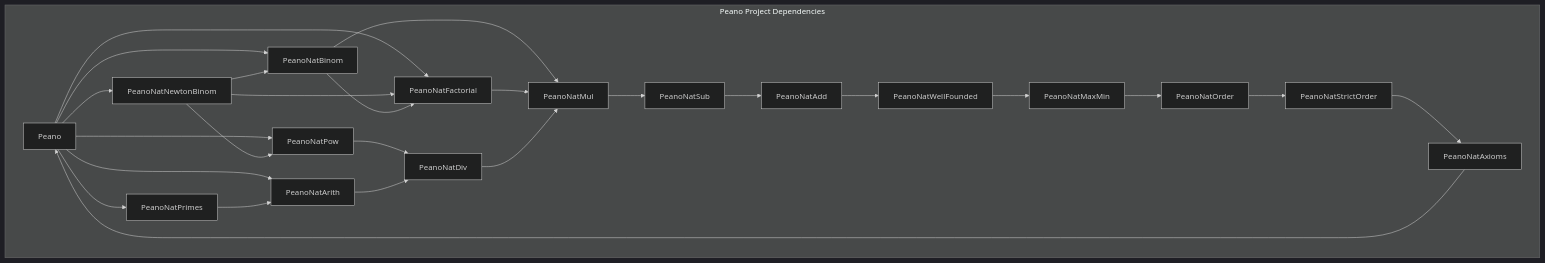
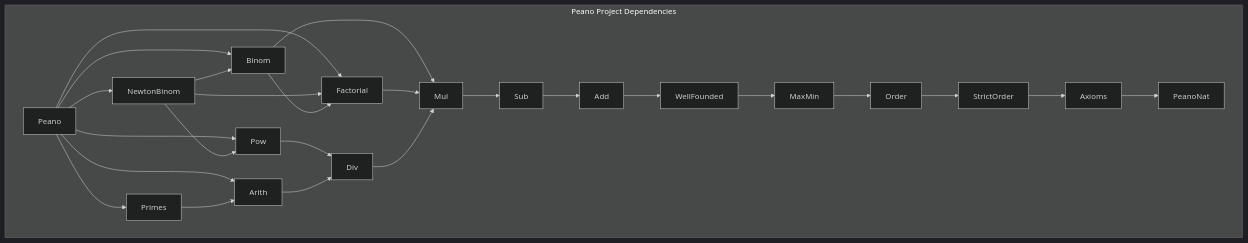
Before and after one commit to julian1c2a/Peano: the diagram in DEPENDENCIES.md, drawn with Mermaid (dark theme). The commit also changed other lines of this file and 21 other files, not shown here.

First line of the commit message:
restructure: Phase 13 — move PeanoNat*.lean into PeanoNat/ subdirectory

````diff
--- a/DEPENDENCIES.md
+++ b/DEPENDENCIES.md
@@ -12,34 +14,34 @@
 ```mermaid
 graph TD;
     subgraph Peano Project Dependencies
-        Peano --> PeanoNatNewtonBinom;
-        Peano --> PeanoNatBinom;
-        Peano --> PeanoNatFactorial;
-        Peano --> PeanoNatPow;
-        Peano --> PeanoNatPrimes;
-        Peano --> PeanoNatArith;
+        Peano --> NewtonBinom;
+        Peano --> Binom;
+        Peano --> Factorial;
+        Peano --> Pow;
+        Peano --> Primes;
+        Peano --> Arith;
 
-        PeanoNatNewtonBinom --> PeanoNatBinom;
-        PeanoNatNewtonBinom --> PeanoNatFactorial;
-        PeanoNatNewtonBinom --> PeanoNatPow;
+        NewtonBinom --> Binom;
+        NewtonBinom --> Factorial;
+        NewtonBinom --> Pow;
 
-        PeanoNatBinom --> PeanoNatFactorial;
-        PeanoNatBinom --> PeanoNatMul;
+        Binom --> Factorial;
+        Binom --> Mul;
 
-        PeanoNatFactorial --> PeanoNatMul;
+        Factorial --> Mul;
 
-        PeanoNatPow --> PeanoNatDiv;
-        PeanoNatPrimes --> PeanoNatArith;
-        PeanoNatArith --> PeanoNatDiv;
+        Pow --> Div;
+        Primes --> Arith;
+        Arith --> Div;
 
-        PeanoNatDiv --> PeanoNatMul;
-        PeanoNatMul --> PeanoNatSub;
-        PeanoNatSub --> PeanoNatAdd;
-        PeanoNatAdd --> PeanoNatWellFounded;
-        PeanoNatWellFounded --> PeanoNatMaxMin;
-        PeanoNatMaxMin --> PeanoNatOrder;
-        PeanoNatOrder --> PeanoNatStrictOrder;
-        PeanoNatStrictOrder --> PeanoNatAxioms;
-        PeanoNatAxioms --> Peano;
+        Div --> Mul;
+        Mul --> Sub;
+        Sub --> Add;
+        Add --> WellFounded;
+        WellFounded --> MaxMin;
+        MaxMin --> Order;
+        Order --> StrictOrder;
+        StrictOrder --> Axioms;
+        Axioms --> PeanoNat;
     end
 ```
````
